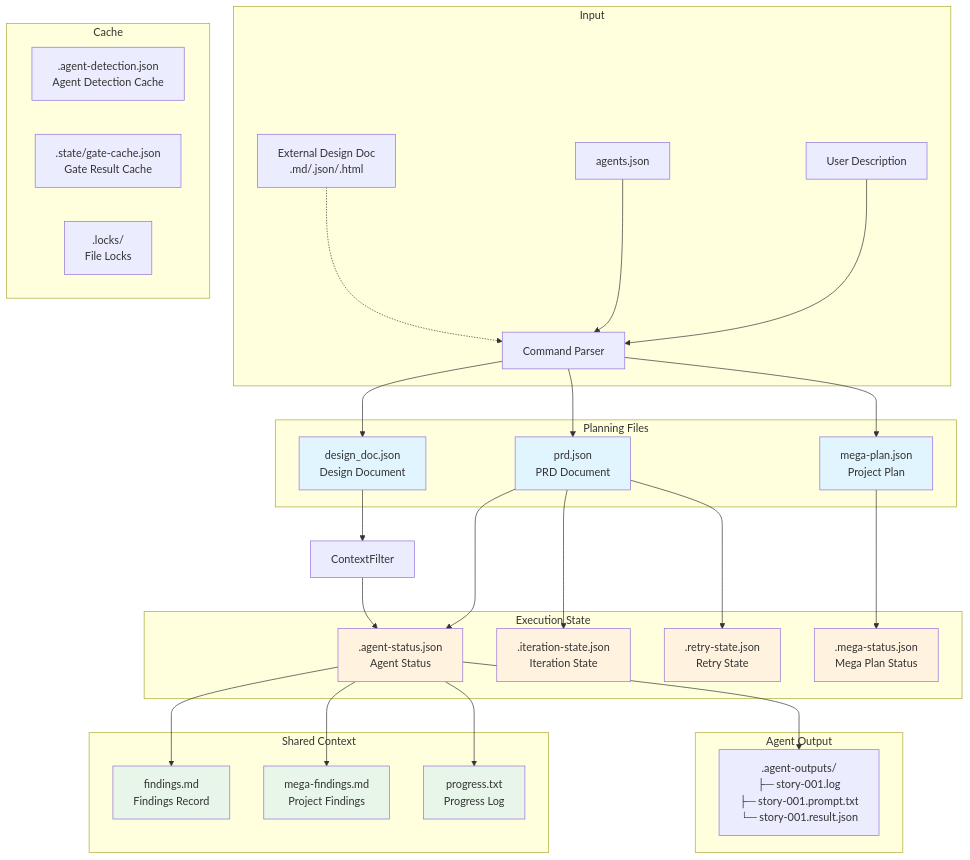
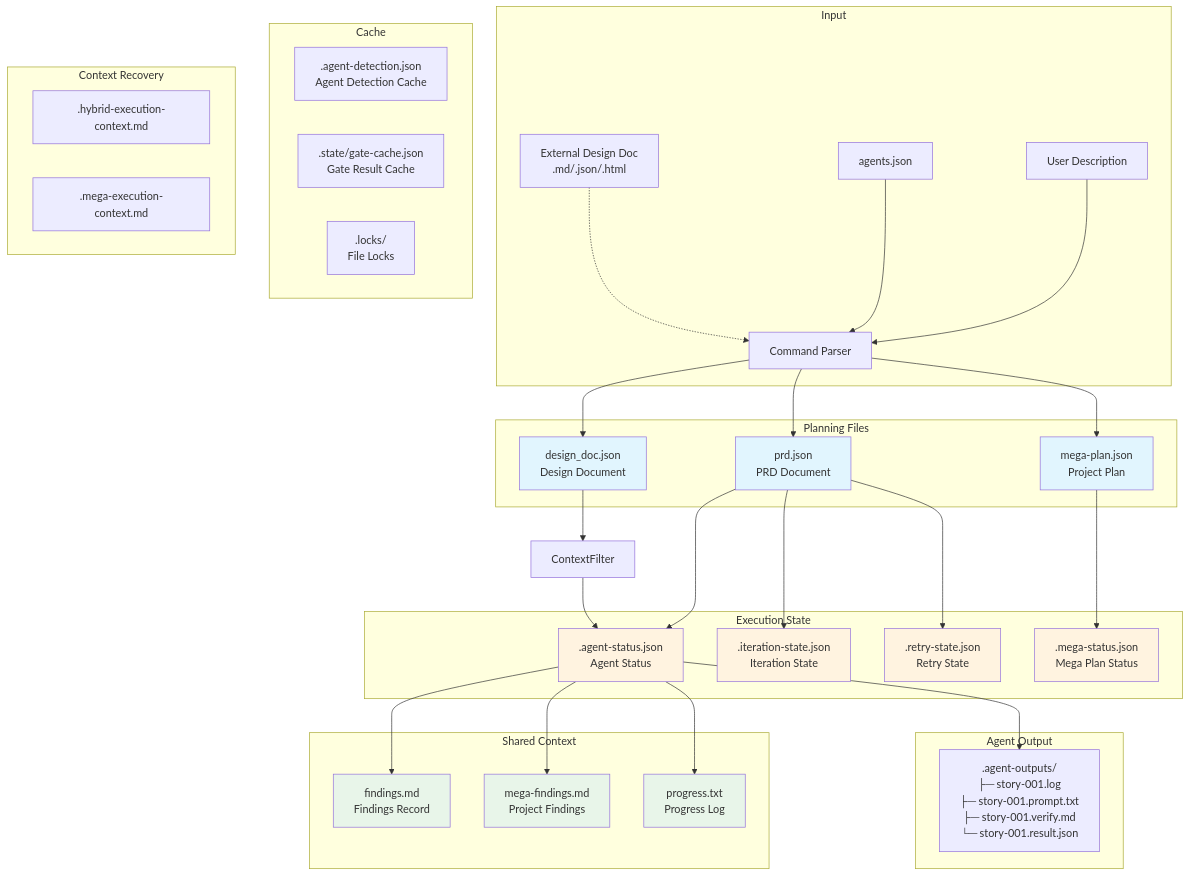
One commit to Taoidle/plan-cascade changed diagram 14 of 14 in docs/System-Architecture.md. Above: the diagram before and after it, drawn with Mermaid. The commit also changed other lines of this file and 1 other file, not shown here.

First line of the commit message:
docs(architecture): update system architecture to match actual implementation

````diff
--- a/docs/System-Architecture.md
+++ b/docs/System-Architecture.md
@@ -822,51 +1076,56 @@
 ```mermaid
 graph TB
     subgraph "Input"
         U[User Description] --> CMD[Command Parser]
         CFG[agents.json] --> CMD
         EXT[External Design Doc<br/>.md/.json/.html] -.-> CMD
     end
 
     subgraph "Planning Files"
         CMD --> PRD[prd.json<br/>PRD Document]
         CMD --> MP[mega-plan.json<br/>Project Plan]
         CMD --> DD[design_doc.json<br/>Design Document]
     end
 
     subgraph "Execution State"
         PRD --> AS[.agent-status.json<br/>Agent Status]
         PRD --> IS[.iteration-state.json<br/>Iteration State]
         PRD --> RS[.retry-state.json<br/>Retry State]
         MP --> MS[.mega-status.json<br/>Mega Plan Status]
     end
 
     subgraph "Shared Context"
         AS --> FD[findings.md<br/>Findings Record]
         AS --> MF[mega-findings.md<br/>Project Findings]
         AS --> PG[progress.txt<br/>Progress Log]
     end
 
     subgraph "Agent Output"
-        AS --> AO[.agent-outputs/<br/>├─ story-001.log<br/>├─ story-001.prompt.txt<br/>└─ story-001.result.json]
+        AS --> AO[.agent-outputs/<br/>├─ story-001.log<br/>├─ story-001.prompt.txt<br/>├─ story-001.verify.md<br/>└─ story-001.result.json]
     end
 
     subgraph "Cache"
         AD[.agent-detection.json<br/>Agent Detection Cache]
         GCF[.state/gate-cache.json<br/>Gate Result Cache]
         LK[.locks/<br/>File Locks]
+    end
+
+    subgraph "Context Recovery"
+        HEC[.hybrid-execution-context.md]
+        MEC[.mega-execution-context.md]
     end
 
     DD --> CF[ContextFilter]
     CF --> AS
 
     style PRD fill:#e1f5fe
     style MP fill:#e1f5fe
     style DD fill:#e1f5fe
     style AS fill:#fff3e0
     style IS fill:#fff3e0
     style RS fill:#fff3e0
     style MS fill:#fff3e0
     style FD fill:#e8f5e9
     style MF fill:#e8f5e9
     style PG fill:#e8f5e9
 ```
````
